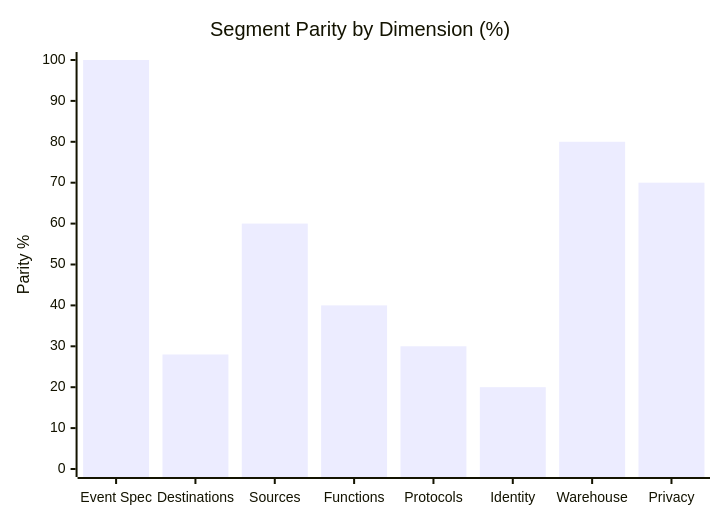
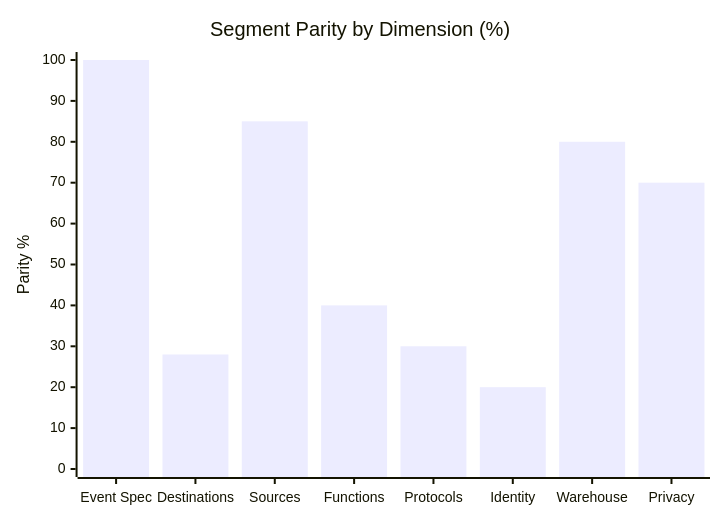
Before and after one commit to Blitzy-Sandbox/blitzy-RudderStack: the first of 3 diagrams in docs/gap-report/index.md, drawn with Mermaid. The commit also changed other lines of this file, not shown here.

````diff
--- a/docs/gap-report/index.md
+++ b/docs/gap-report/index.md
@@ -66,7 +66,7 @@
 ```mermaid
 xychart-beta
     title "Segment Parity by Dimension (%)"
     x-axis ["Event Spec", "Destinations", "Sources", "Functions", "Protocols", "Identity", "Warehouse", "Privacy"]
     y-axis "Parity %" 0 --> 100
-    bar [100, 28, 60, 40, 30, 20, 80, 70]
+    bar [100, 28, 85, 40, 30, 20, 80, 70]
 ```
````
